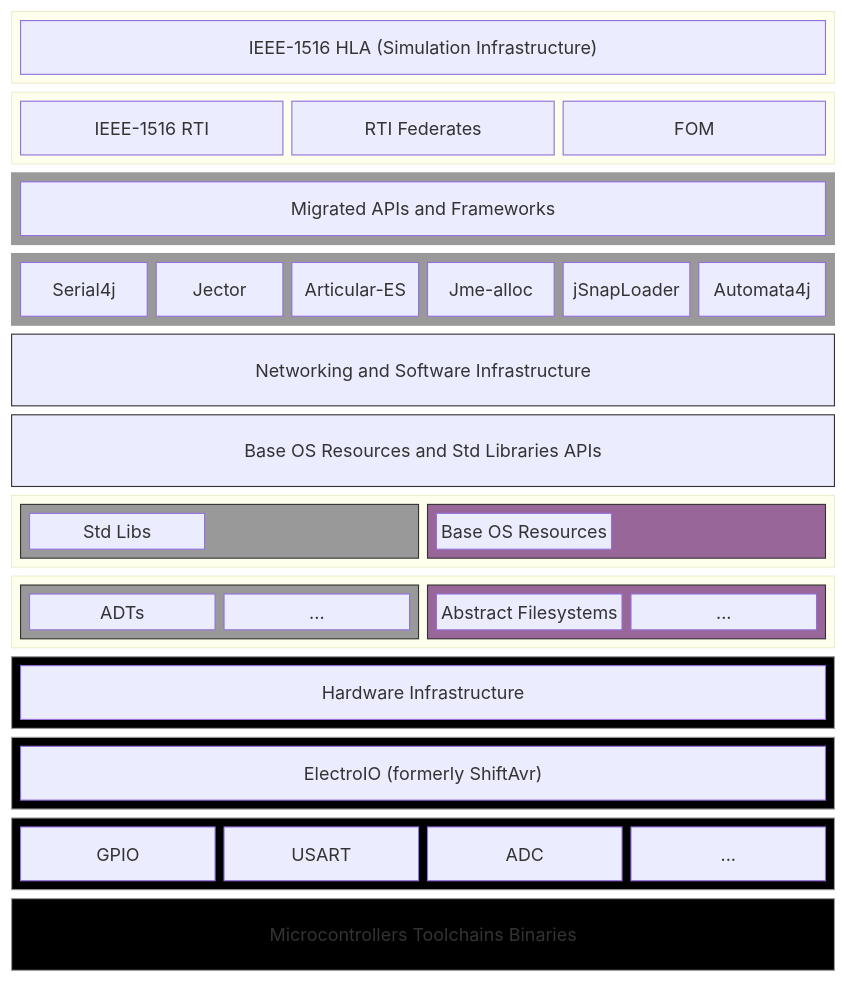
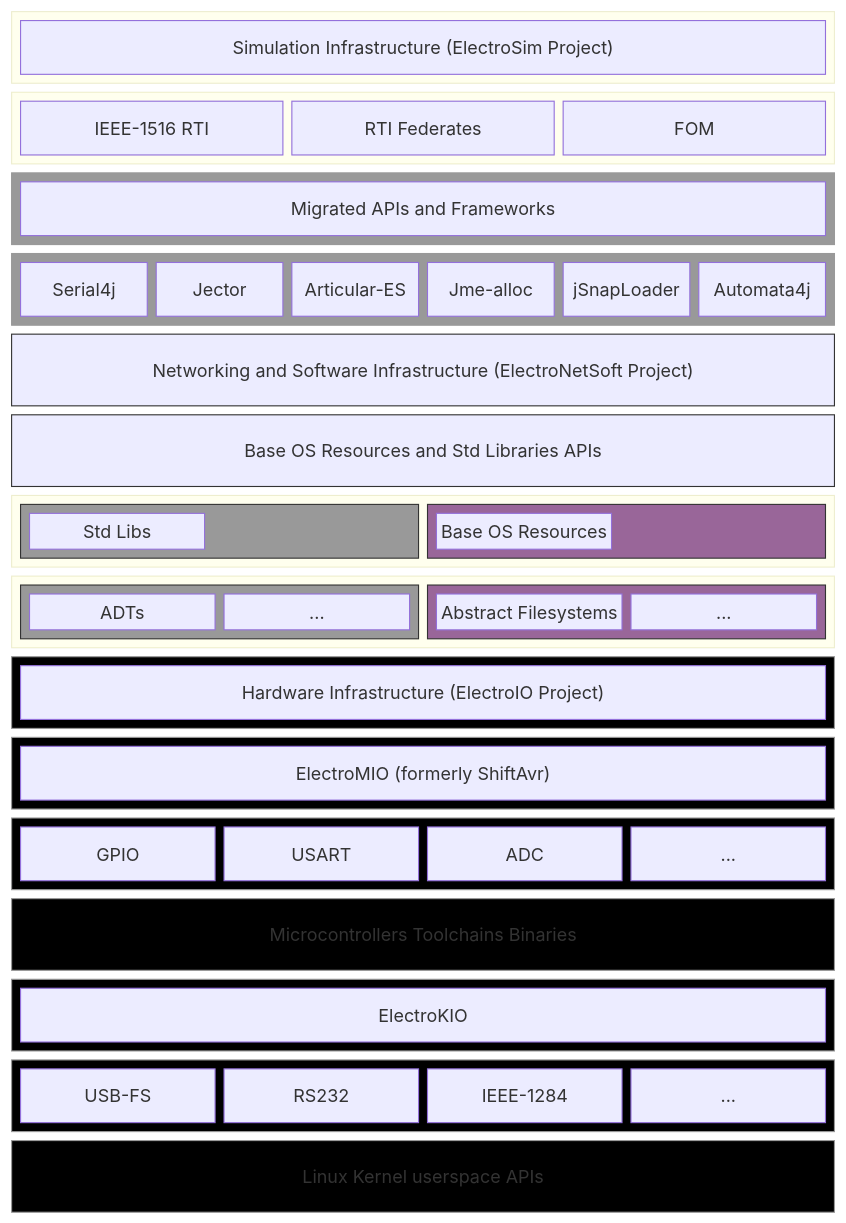
Before and after one commit to Electrostat-Lab/Electrostatic-Sandbox: the first of 6 diagrams in README.md, drawn with Mermaid. The commit also changed other lines of this file, not shown here.

Commit message:
Update README.md: redistribute the project into major subprojects

```diff
--- a/README.md
+++ b/README.md
@@ -24,7 +24,7 @@
 block-beta
 columns 1
   block:IEEE
-    _IEEE["IEEE-1516 HLA (Simulation Infrastructure)"]
+    _IEEE["Simulation Infrastructure (ElectroSim Project)"]
   end
   block:__IEEE
     RTI_IEEE["IEEE-1516 RTI"]
@@ -42,7 +42,7 @@
       JSNAP["jSnapLoader"]
       AUTO["Automata4j"]
   end
-  NETSOFT_INFRA["Networking and Software Infrastructure"]
+  NETSOFT_INFRA["Networking and Software Infrastructure (ElectroNetSoft Project)"]
   OS_RES["Base OS Resources and Std Libraries APIs"]
   block:TITLE
     block:STD
@@ -64,23 +64,39 @@
   end
 
   block:INFRA
-      _INFRA["Hardware Infrastructure"]
+      _INFRA["Hardware Infrastructure (ElectroIO Project)"]
   end
-  block:ELECTROIO
-      _ELECTROIO["ElectroIO (formerly ShiftAvr)"]
+  block:ELECTROMIO
+      _ELECTROMIO["ElectroMIO (formerly ShiftAvr)"]
   end
-  block:__ELECTROIO
+  block:__ELECTROMIO
       GPIO["GPIO"]
       UART["USART"]
       ADC["ADC"]
-      CONT["..."]
+      MCONT["..."]
   end
   MCU["Microcontrollers Toolchains Binaries"]
 
+  block:ELECTROKIO
+      _ELECTROKIO["ElectroKIO"]
+  end
+
+  block:__ELECTROKIO
+      USB["USB-FS"]
+      RS232["RS232"]
+      PARA["IEEE-1284"]
+      KCONT["..."]
+  end
+  KIO["Linux Kernel userspace APIs"]
+
   style INFRA fill:#000,stroke:#999
-  style ELECTROIO fill:#000,stroke:#999
-  style __ELECTROIO fill:#000,stroke:#999
+  style ELECTROMIO fill:#000,stroke:#999
+  style __ELECTROMIO fill:#000,stroke:#999
   style MCU fill:#000,stroke:#999
+
+  style ELECTROKIO fill:#000,stroke:#999
+  style __ELECTROKIO fill:#000,stroke:#999
+  style KIO fill:#000,stroke:#999
 
   style MIG fill:#999,stroke:#999
   style MIG_APIs fill:#999,stroke:#999
```
